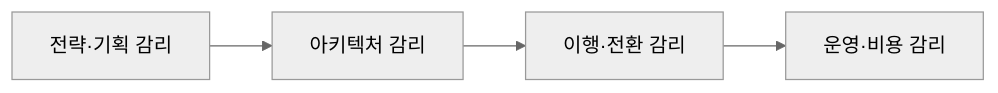
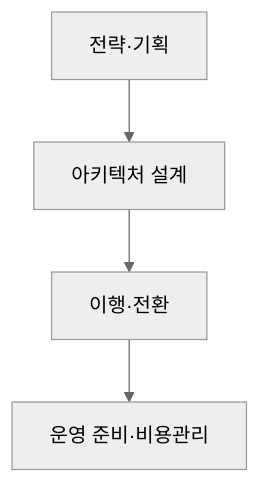
The second of 2 diagrams in src/content/docs/notes/itpe/01-it-strategy/104_cloud_migration_project_audit.md (agnusdei1207/study), drawn with Mermaid (neutral theme) before and after one commit. The commit also changed other lines of this file and 4 other files, not shown here.

````diff
--- a/src/content/docs/notes/itpe/01-it-strategy/104_cloud_migration_project_audit.md
+++ b/src/content/docs/notes/itpe/01-it-strategy/104_cloud_migration_project_audit.md
@@ -94,4 +98,6 @@
 ```mermaid
-flowchart LR
-    S1["전략·기획 감리"] --> S2["아키텍처 감리"] --> S3["이행·전환 감리"] --> S4["운영·비용 감리"]
+flowchart TD
+    S1["전략·기획"] --> S2["아키텍처 설계"]
+    S2 --> S3["이행·전환"]
+    S3 --> S4["운영 준비·비용관리"]
 ```
````
